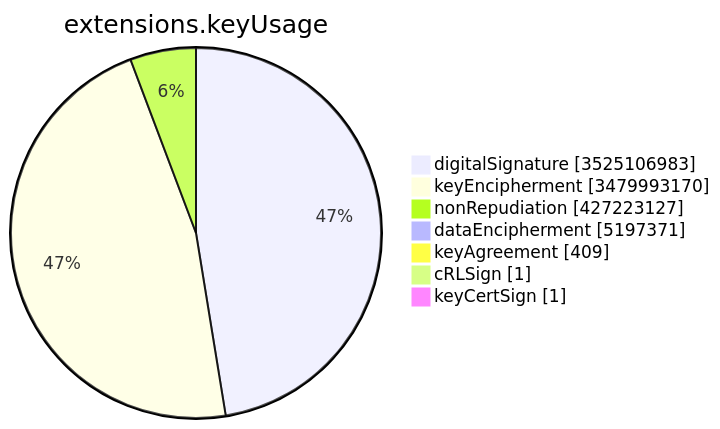
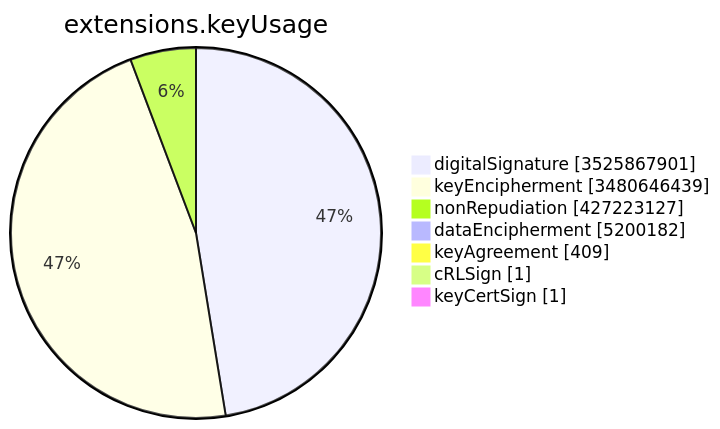
One commit to christiankrug/ctmonitor_visualization changed the sixth of 15 diagrams in TOTAL/README.md. Above: the diagram before and after it, drawn with Mermaid. The commit also changed other lines of this file, not shown here.

````diff
--- a/TOTAL/README.md
+++ b/TOTAL/README.md
@@ -3083,11 +3083,11 @@
 ```mermaid
 pie showData
 title extensions.keyUsage
-"digitalSignature" :3525106983
-"keyEncipherment" :3479993170
+"digitalSignature" :3525867901
+"keyEncipherment" :3480646439
 "nonRepudiation" :427223127
-"dataEncipherment" :5197371
+"dataEncipherment" :5200182
 "keyAgreement" :409
 "cRLSign" :1
 "keyCertSign" :1
 ```
````
